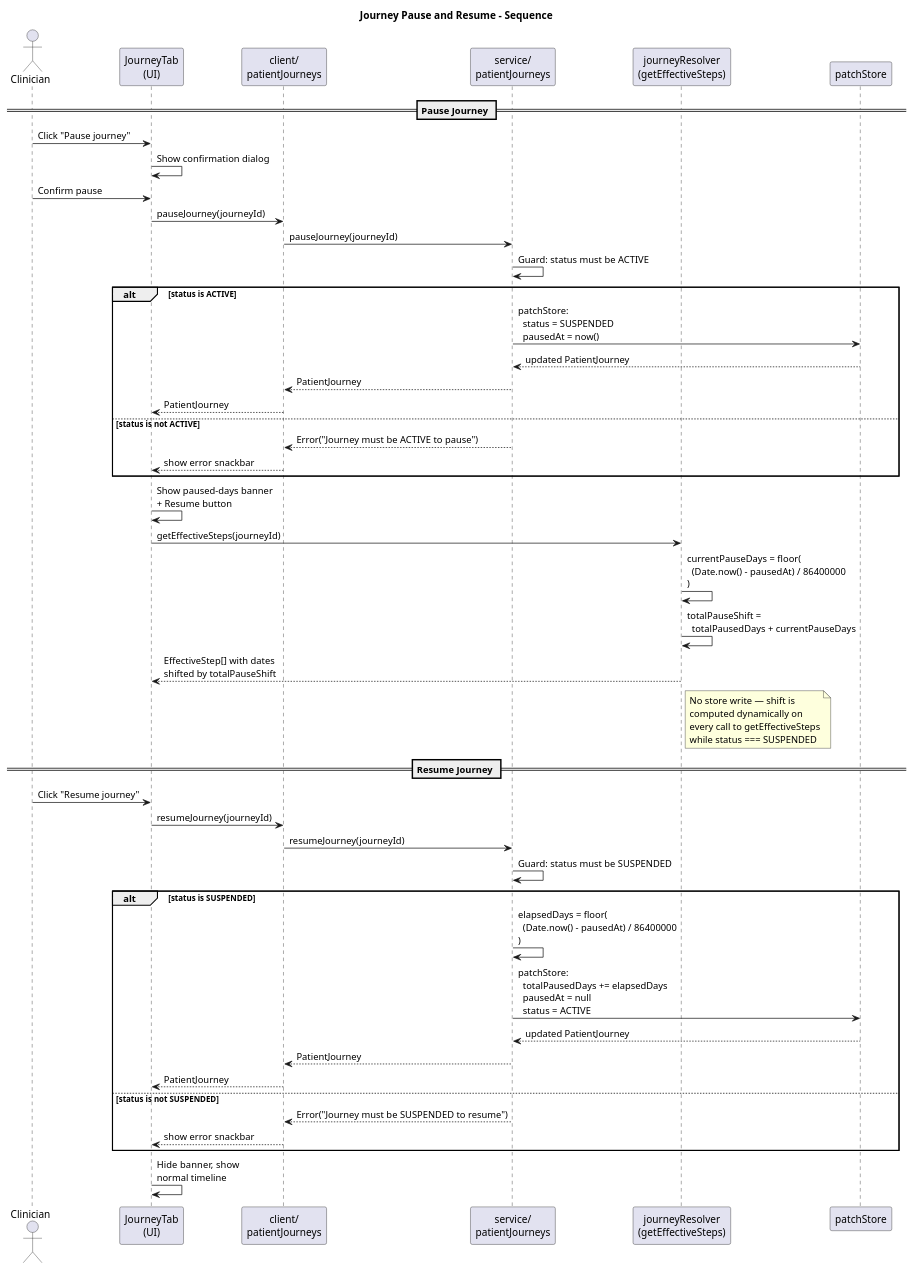
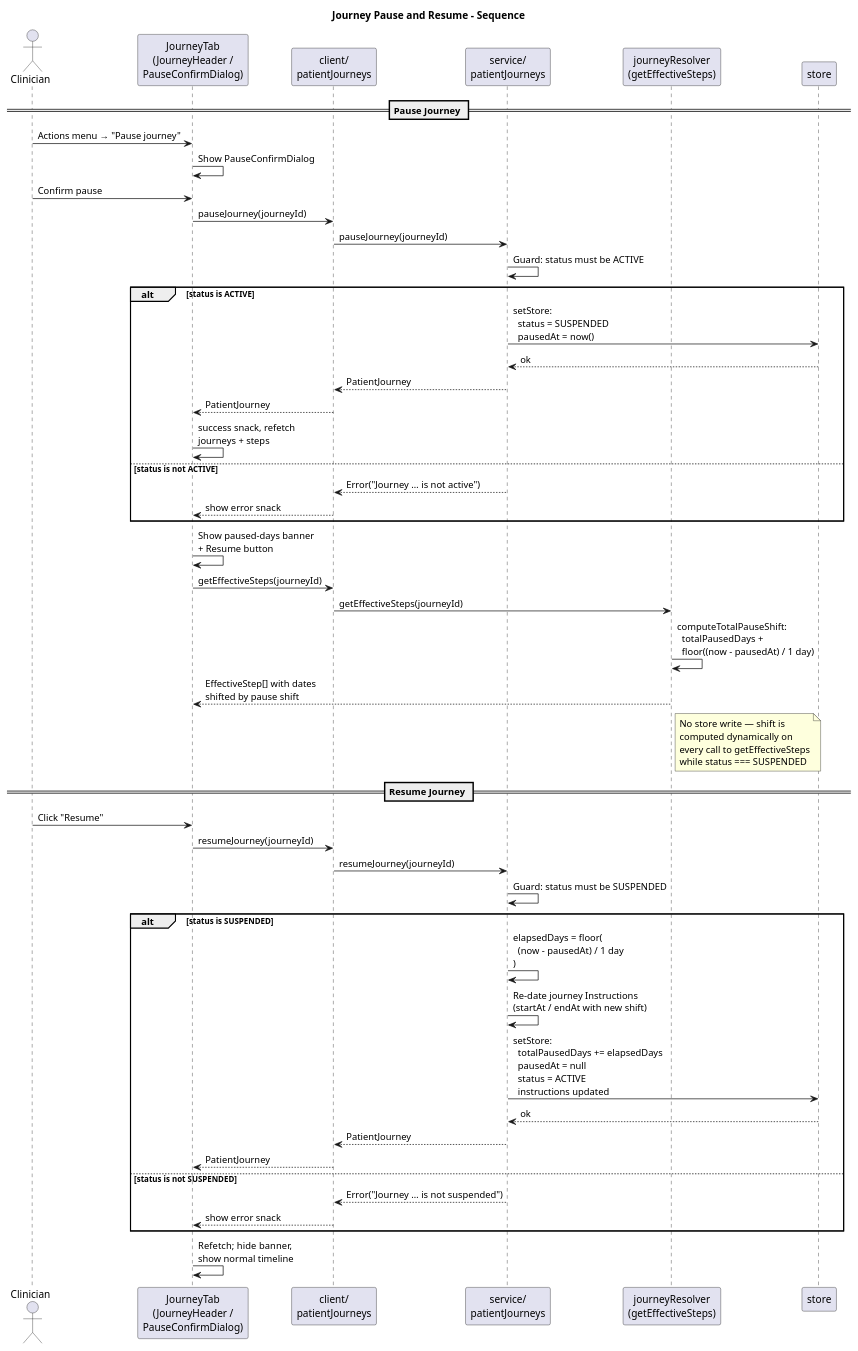
One commit to gforge/DUK changed the diagram in docs/diagrams/pause-resume-sequence.puml. Above: the diagram before and after it, drawn with PlantUML. The commit also changed 49 other files, not shown here.

First line of the commit message:
Update docs and diagrams to match current implementation

```diff
--- a/docs/diagrams/pause-resume-sequence.puml
+++ b/docs/diagrams/pause-resume-sequence.puml
@@ -1,65 +1,68 @@
 @startuml
 ' Purpose: Journey pause and resume behavior
 ' Source of truth:
 '   src/api/service/patientJourneys.ts
 '   src/api/service/journeyDates.ts
 '   src/api/service/journeyResolver.ts
+'   src/components/case/JourneyTab/useJourneyActions.ts
 
 title Journey Pause and Resume - Sequence
 
 actor Clinician
-participant "JourneyTab\n(UI)" as UI
+participant "JourneyTab\n(JourneyHeader /\nPauseConfirmDialog)" as UI
 participant "client/\npatientJourneys" as Client
 participant "service/\npatientJourneys" as Service
 participant "journeyResolver\n(getEffectiveSteps)" as Resolver
-participant "patchStore" as Store
+participant "store" as Store
 
 == Pause Journey ==
 
-Clinician -> UI : Click "Pause journey"
-UI -> UI : Show confirmation dialog
+Clinician -> UI : Actions menu → "Pause journey"
+UI -> UI : Show PauseConfirmDialog
 Clinician -> UI : Confirm pause
 UI -> Client : pauseJourney(journeyId)
 Client -> Service : pauseJourney(journeyId)
 Service -> Service : Guard: status must be ACTIVE
 alt status is ACTIVE
-  Service -> Store : patchStore:\n  status = SUSPENDED\n  pausedAt = now()
-  Store --> Service : updated PatientJourney
+  Service -> Store : setStore:\n  status = SUSPENDED\n  pausedAt = now()
+  Store --> Service : ok
   Service --> Client : PatientJourney
   Client --> UI : PatientJourney
+  UI -> UI : success snack, refetch\njourneys + steps
 else status is not ACTIVE
-  Service --> Client : Error("Journey must be ACTIVE to pause")
-  Client --> UI : show error snackbar
+  Service --> Client : Error("Journey … is not active")
+  Client --> UI : show error snack
 end
 UI -> UI : Show paused-days banner\n+ Resume button
-UI -> Resolver : getEffectiveSteps(journeyId)
-Resolver -> Resolver : currentPauseDays = floor(\n  (Date.now() - pausedAt) / 86400000\n)
-Resolver -> Resolver : totalPauseShift =\n  totalPausedDays + currentPauseDays
-Resolver --> UI : EffectiveStep[] with dates\nshifted by totalPauseShift
+UI -> Client : getEffectiveSteps(journeyId)
+Client -> Resolver : getEffectiveSteps(journeyId)
+Resolver -> Resolver : computeTotalPauseShift:\n  totalPausedDays +\n  floor((now - pausedAt) / 1 day)
+Resolver --> UI : EffectiveStep[] with dates\nshifted by pause shift
 
 note right of Resolver
   No store write — shift is
   computed dynamically on
   every call to getEffectiveSteps
   while status === SUSPENDED
 end note
 
 == Resume Journey ==
 
-Clinician -> UI : Click "Resume journey"
+Clinician -> UI : Click "Resume"
 UI -> Client : resumeJourney(journeyId)
 Client -> Service : resumeJourney(journeyId)
 Service -> Service : Guard: status must be SUSPENDED
 alt status is SUSPENDED
-  Service -> Service : elapsedDays = floor(\n  (Date.now() - pausedAt) / 86400000\n)
-  Service -> Store : patchStore:\n  totalPausedDays += elapsedDays\n  pausedAt = null\n  status = ACTIVE
-  Store --> Service : updated PatientJourney
+  Service -> Service : elapsedDays = floor(\n  (now - pausedAt) / 1 day\n)
+  Service -> Service : Re-date journey Instructions\n(startAt / endAt with new shift)
+  Service -> Store : setStore:\n  totalPausedDays += elapsedDays\n  pausedAt = null\n  status = ACTIVE\n  instructions updated
+  Store --> Service : ok
   Service --> Client : PatientJourney
   Client --> UI : PatientJourney
 else status is not SUSPENDED
-  Service --> Client : Error("Journey must be SUSPENDED to resume")
-  Client --> UI : show error snackbar
+  Service --> Client : Error("Journey … is not suspended")
+  Client --> UI : show error snack
 end
-UI -> UI : Hide banner, show\nnormal timeline
+UI -> UI : Refetch; hide banner,\nshow normal timeline
 
 @enduml
```
